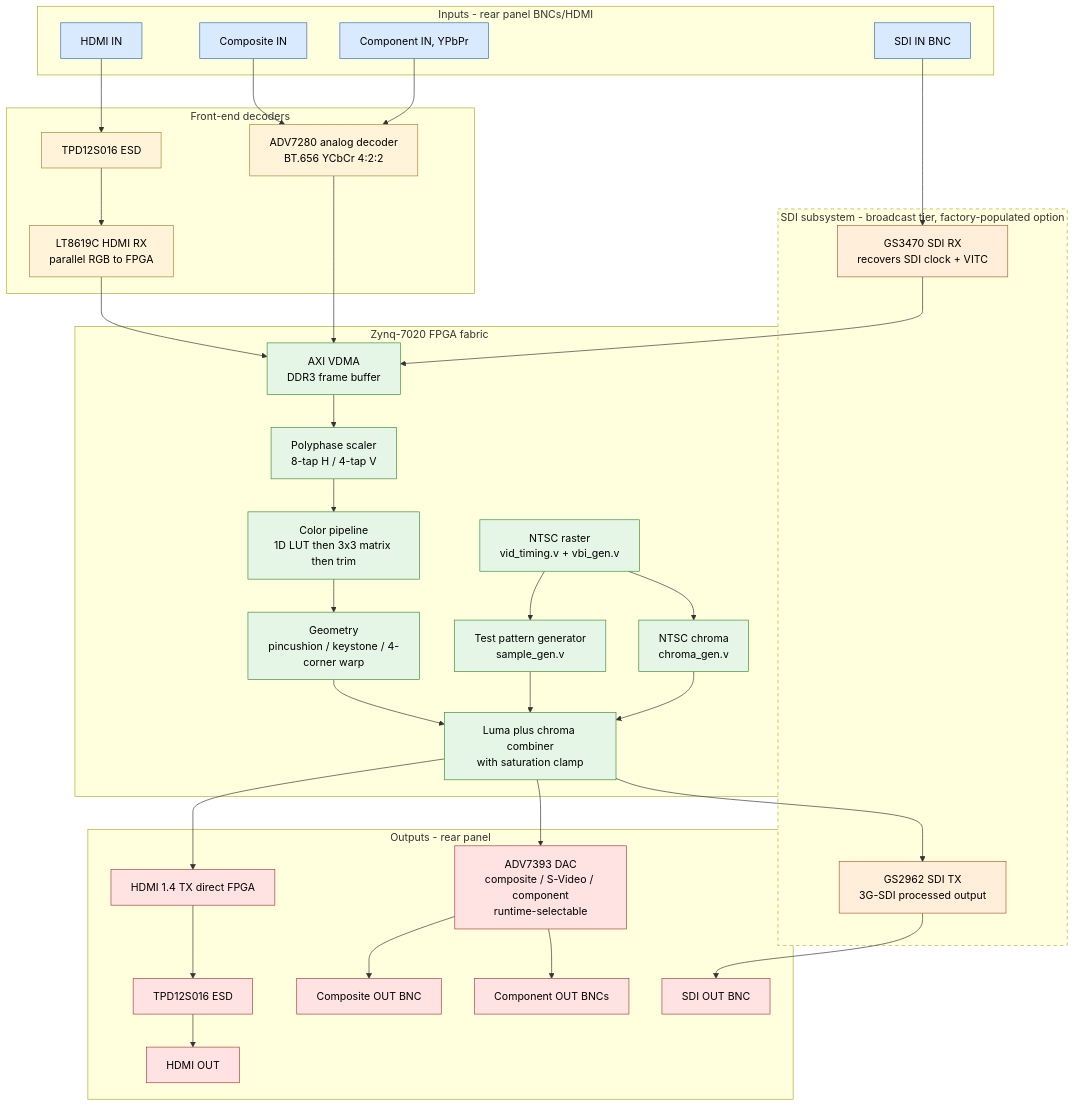
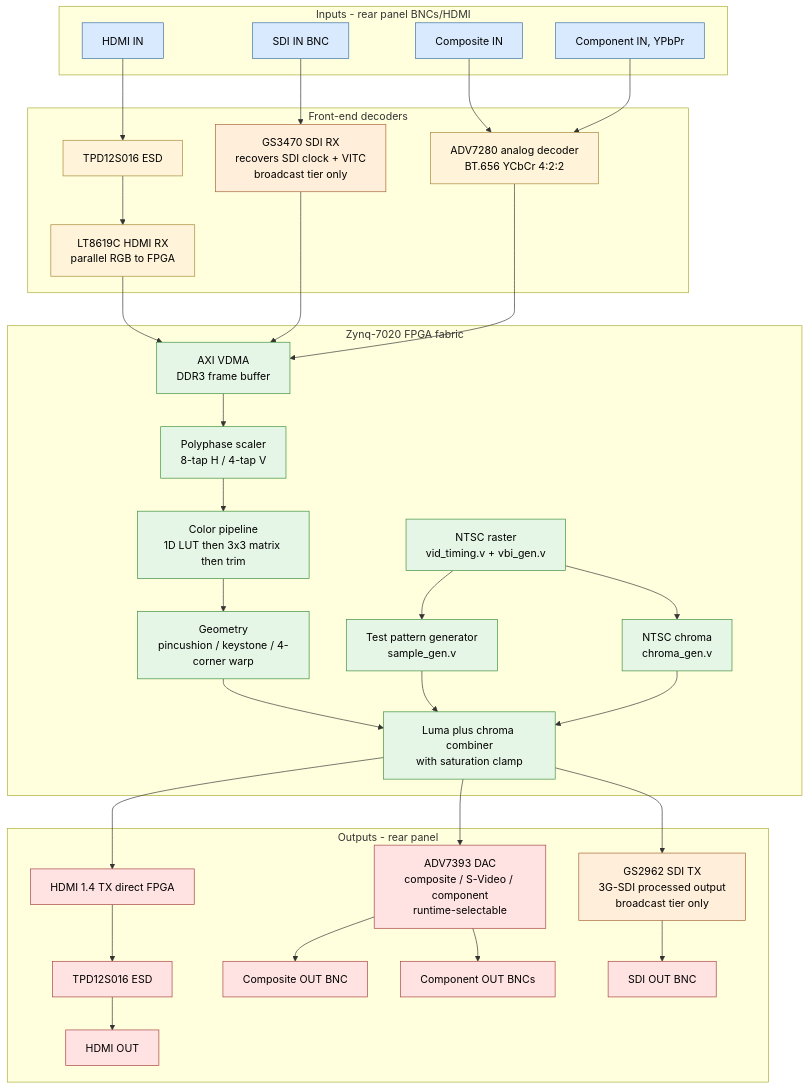
One commit to ibkickinit/schindler-clone changed the first of 3 diagrams in docs/signal-flow.md. Above: the diagram before and after it, drawn with Mermaid. The commit also changed other lines of this file, not shown here.

Commit message:
Signal flow diagram 1: flatten SDI — no factory-option subgraph
Per Justin's simplification request: drop the dashed-border SDI
subsystem subgraph. GS3470 moves back into the DECODE front-end
decoders group alongside LT8619C and ADV7280; GS2962 moves into
the OUTPUTS group alongside ADV7393 and HDMI TX. Both SDI chips
keep their orange color (sdi classDef) and inline labels noting
"broadcast tier only" — color cue preserves the conditional-
population visual hint without imposing a grouped subsystem.

Notes section updated to drop the "dashed outline" reference; SDI
chips described as "broadcast-tier only, colored orange."

Net: simpler diagram, fewer visual layers, same information density.

````diff
--- a/docs/signal-flow.md
+++ b/docs/signal-flow.md
@@ -19,66 +19,61 @@
 ```mermaid
 flowchart TB
     classDef in fill:#d9eaff,stroke:#3a6ea5,color:#000
     classDef decode fill:#fff4d9,stroke:#a58634,color:#000
     classDef sdi fill:#ffeed9,stroke:#a56234,color:#000
     classDef fpga fill:#e6f6e6,stroke:#3a8e3a,color:#000
     classDef out fill:#ffe2e2,stroke:#a54040,color:#000
 
     subgraph IN[Inputs - rear panel BNCs/HDMI]
         HDMI_IN[HDMI IN]:::in
         SDI_IN[SDI IN BNC]:::in
         CVBS_IN[Composite IN]:::in
         YPBPR_IN[Component IN, YPbPr]:::in
     end
 
     subgraph DECODE[Front-end decoders]
         TPD_IN[TPD12S016 ESD]:::decode
         LT8619C[LT8619C HDMI RX<br/>parallel RGB to FPGA]:::decode
+        GS3470[GS3470 SDI RX<br/>recovers SDI clock + VITC<br/>broadcast tier only]:::sdi
         ADV7280[ADV7280 analog decoder<br/>BT.656 YCbCr 4:2:2]:::decode
-    end
-
-    subgraph SDI_SUB[SDI subsystem - broadcast tier, factory-populated option]
-        GS3470[GS3470 SDI RX<br/>recovers SDI clock + VITC]:::sdi
-        GS2962[GS2962 SDI TX<br/>3G-SDI processed output]:::sdi
     end
 
     subgraph FPGA[Zynq-7020 FPGA fabric]
         VDMA[AXI VDMA<br/>DDR3 frame buffer]:::fpga
         SCALE[Polyphase scaler<br/>8-tap H / 4-tap V]:::fpga
         COLOR[Color pipeline<br/>1D LUT then 3x3 matrix then trim]:::fpga
         GEOM[Geometry<br/>pincushion / keystone / 4-corner warp]:::fpga
         TPG[Test pattern generator<br/>sample_gen.v]:::fpga
         TIMING[NTSC raster<br/>vid_timing.v + vbi_gen.v]:::fpga
         CHROMA[NTSC chroma<br/>chroma_gen.v]:::fpga
         MIX[Luma plus chroma combiner<br/>with saturation clamp]:::fpga
     end
 
     subgraph OUT[Outputs - rear panel]
         ADV7393[ADV7393 DAC<br/>composite / S-Video / component<br/>runtime-selectable]:::out
+        GS2962[GS2962 SDI TX<br/>3G-SDI processed output<br/>broadcast tier only]:::sdi
         HDMI_TX[HDMI 1.4 TX direct FPGA]:::out
         TPD_OUT[TPD12S016 ESD]:::out
         CVBS_OUT[Composite OUT BNC]:::out
         YPBPR_OUT[Component OUT BNCs]:::out
         SDI_OUT[SDI OUT BNC]:::out
         HDMI_OUT[HDMI OUT]:::out
     end
 
     HDMI_IN --> TPD_IN --> LT8619C --> VDMA
     SDI_IN --> GS3470 --> VDMA
     CVBS_IN --> ADV7280
     YPBPR_IN --> ADV7280 --> VDMA
 
     VDMA --> SCALE --> COLOR --> GEOM --> MIX
     TPG --> MIX
     CHROMA --> MIX
     TIMING --> TPG
     TIMING --> CHROMA
 
     MIX --> ADV7393
     ADV7393 --> CVBS_OUT
     ADV7393 --> YPBPR_OUT
     MIX --> GS2962 --> SDI_OUT
     MIX --> HDMI_TX --> TPD_OUT --> HDMI_OUT
-
-    style SDI_SUB stroke-dasharray: 5 5
 ```
````
